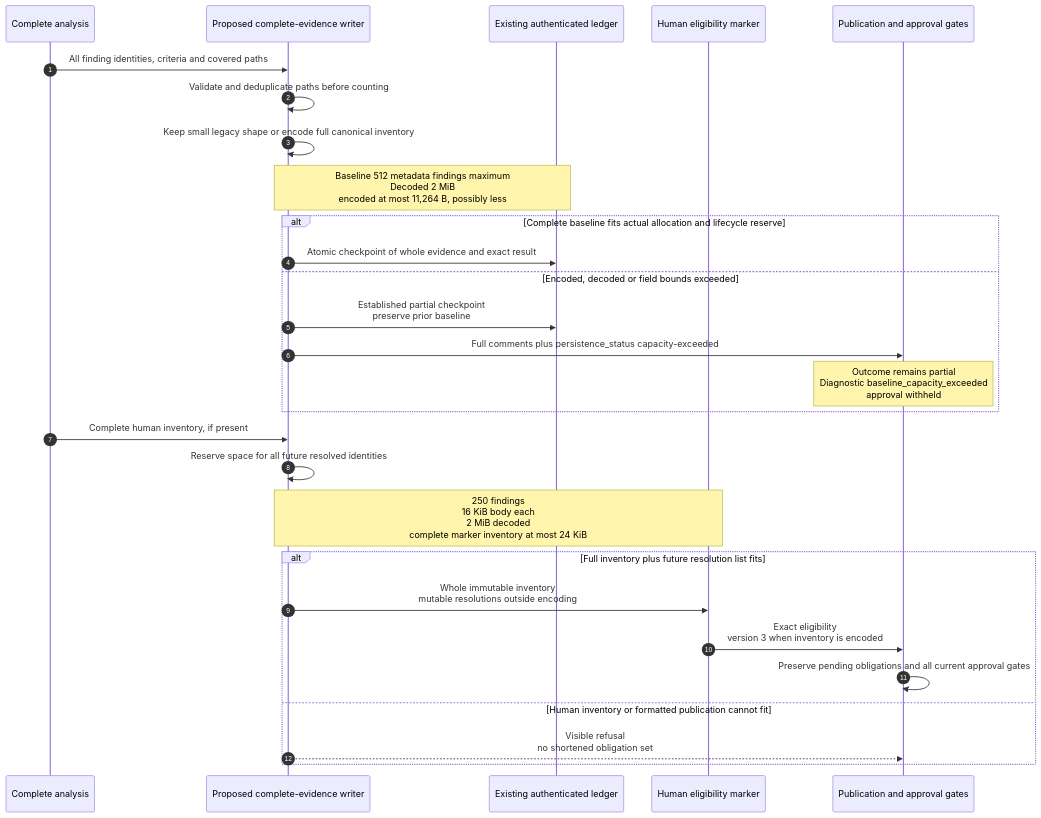
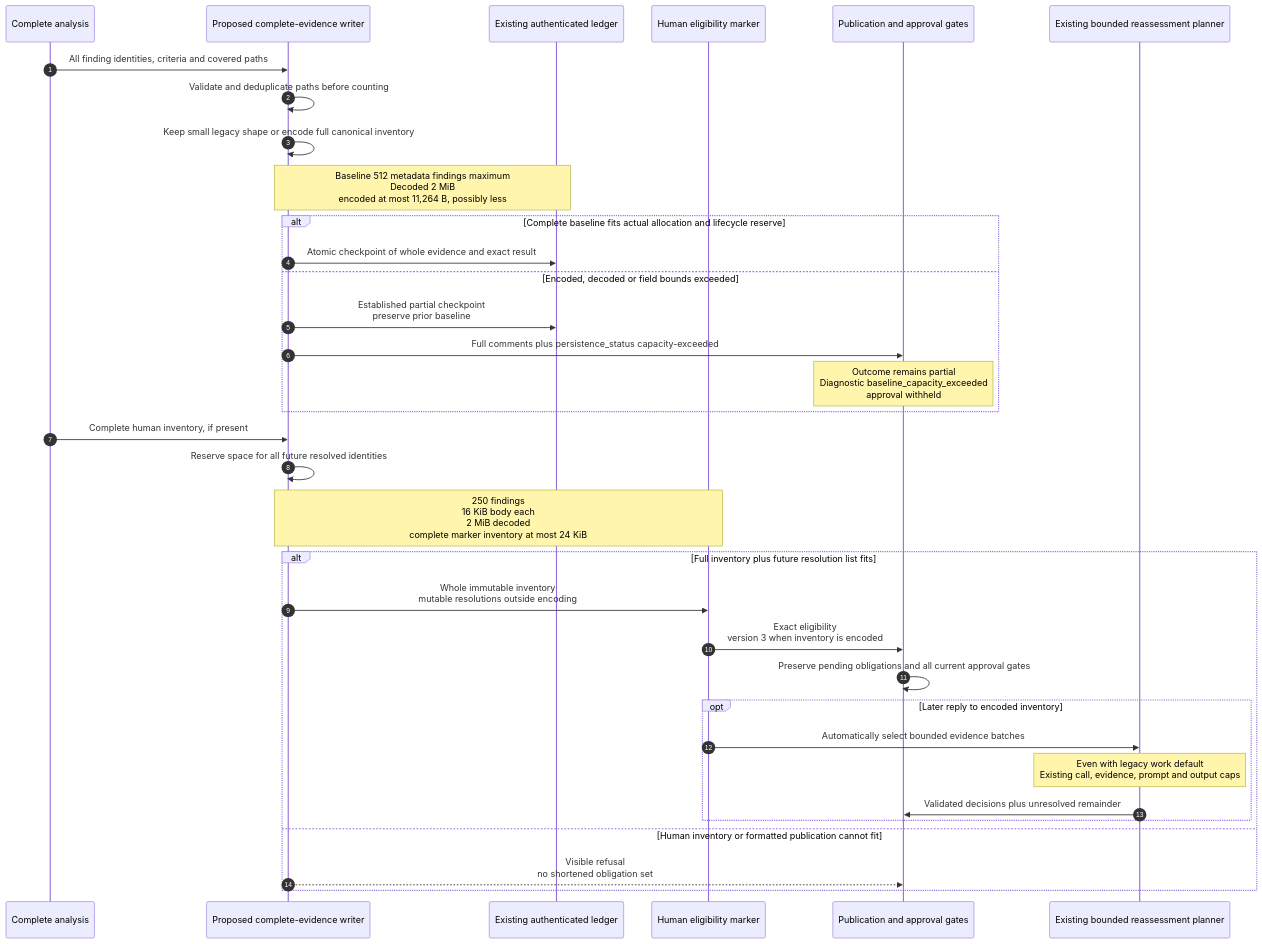
The fourth of 4 diagrams in docs/review-pipelines.md (malsabbagh/review-sensei), drawn with Mermaid before and after one commit. The commit also changed other lines of this file, not shown here.

````diff
--- a/docs/review-pipelines.md
+++ b/docs/review-pipelines.md
@@ -634,30 +634,36 @@
 ```mermaid
 sequenceDiagram
     autonumber
     participant Analysis as Complete analysis
     participant Writer as Proposed complete-evidence writer
     participant Ledger as Existing authenticated ledger
     participant Human as Human eligibility marker
     participant Gate as Publication and approval gates
+    participant Reply as Existing bounded reassessment planner
     Analysis->>Writer: All finding identities, criteria and covered paths
     Writer->>Writer: Validate and deduplicate paths before counting
     Writer->>Writer: Keep small legacy shape or encode full canonical inventory
     Note over Writer,Ledger: Baseline 512 metadata findings maximum<br/>Decoded 2 MiB<br/> encoded at most 11,264 B, possibly less
     alt Complete baseline fits actual allocation and lifecycle reserve
         Writer->>Ledger: Atomic checkpoint of whole evidence and exact result
     else Encoded, decoded or field bounds exceeded
         Writer->>Ledger: Established partial checkpoint<br/> preserve prior baseline
         Writer->>Gate: Full comments plus persistence_status capacity-exceeded
         Note over Gate: Outcome remains partial<br/>Diagnostic baseline_capacity_exceeded<br/> approval withheld
     end
     Analysis->>Writer: Complete human inventory, if present
     Writer->>Writer: Reserve space for all future resolved identities
     Note over Writer,Human: 250 findings<br/> 16 KiB body each<br/>2 MiB decoded<br/> complete marker inventory at most 24 KiB
     alt Full inventory plus future resolution list fits
         Writer->>Human: Whole immutable inventory<br/> mutable resolutions outside encoding
         Human->>Gate: Exact eligibility<br/> version 3 when inventory is encoded
         Gate->>Gate: Preserve pending obligations and all current approval gates
+        opt Later reply to encoded inventory
+            Human->>Reply: Automatically select bounded evidence batches
+            Note over Reply: Even with legacy work default<br/>Existing call, evidence, prompt and output caps
+            Reply->>Gate: Validated decisions plus unresolved remainder
+        end
     else Human inventory or formatted publication cannot fit
         Writer-->>Gate: Visible refusal<br/> no shortened obligation set
     end
 ```
````
